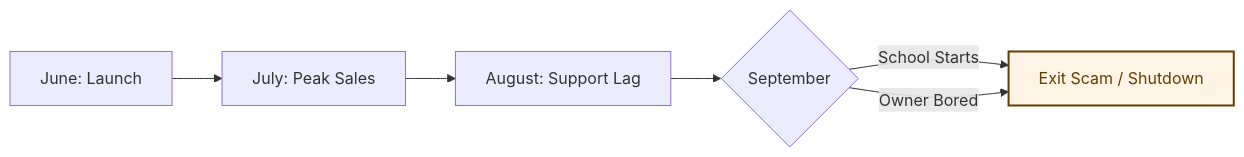
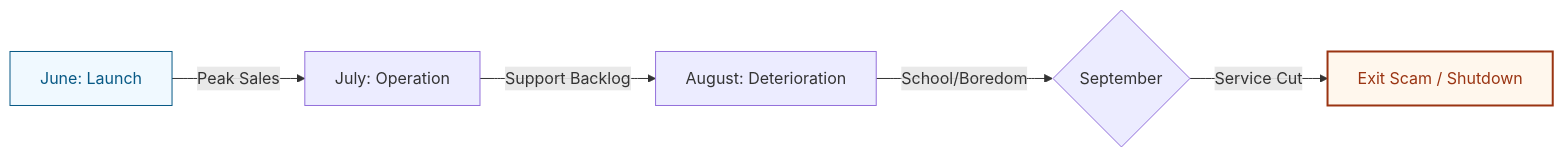
The diagram in docs/source/summer_hosts.rst (Earth1283/OpenWiki), drawn with Mermaid before and after one commit. The commit also changed 5 other files, not shown here.

Commit message:
added more mermaids

```diff
--- a/docs/source/summer_hosts.rst
+++ b/docs/source/summer_hosts.rst
@@ -141,10 +141,10 @@
 .. mermaid::
 
    graph LR
-       A[June: Launch] --> B[July: Peak Sales]
-       B --> C[August: Support Lag]
-       C --> D{September}
-       D -- School Starts --> E[Exit Scam / Shutdown]
-       D -- "Owner Bored" --> E
+       A[June: Launch] -- "Peak Sales" --> B[July: Operation]
+       B -- "Support Backlog" --> C[August: Deterioration]
+       C -- "School/Boredom" --> D{September}
+       D -- "Service Cut" --> E[Exit Scam / Shutdown]
        
-       style E fill:#fff4e5,stroke:#663c00,stroke-width:2px,color:#663c00
+       style E fill:#fff7ed,stroke:#9a3412,stroke-width:2px,color:#9a3412
+       style A fill:#f0f9ff,stroke:#075985,color:#075985
```
